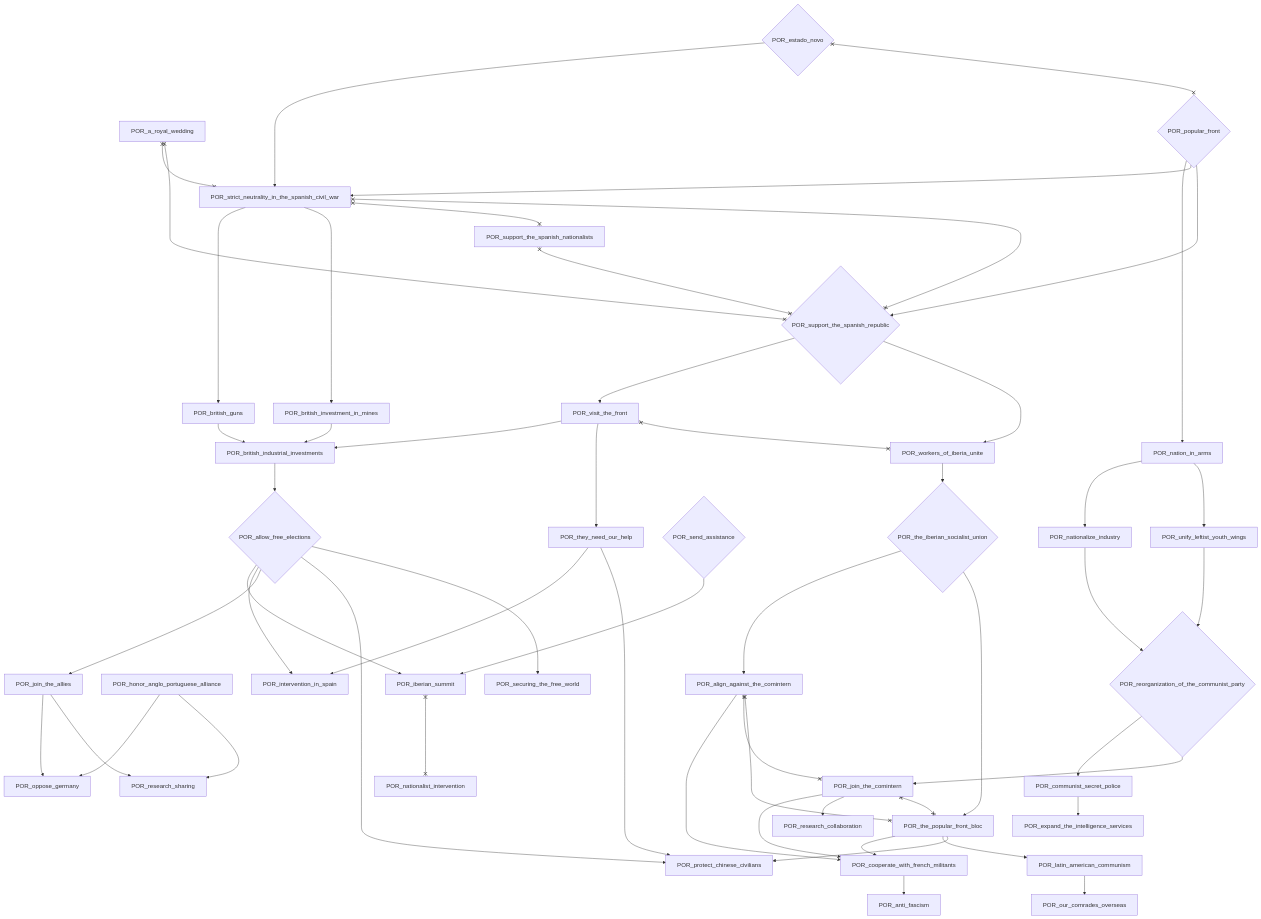
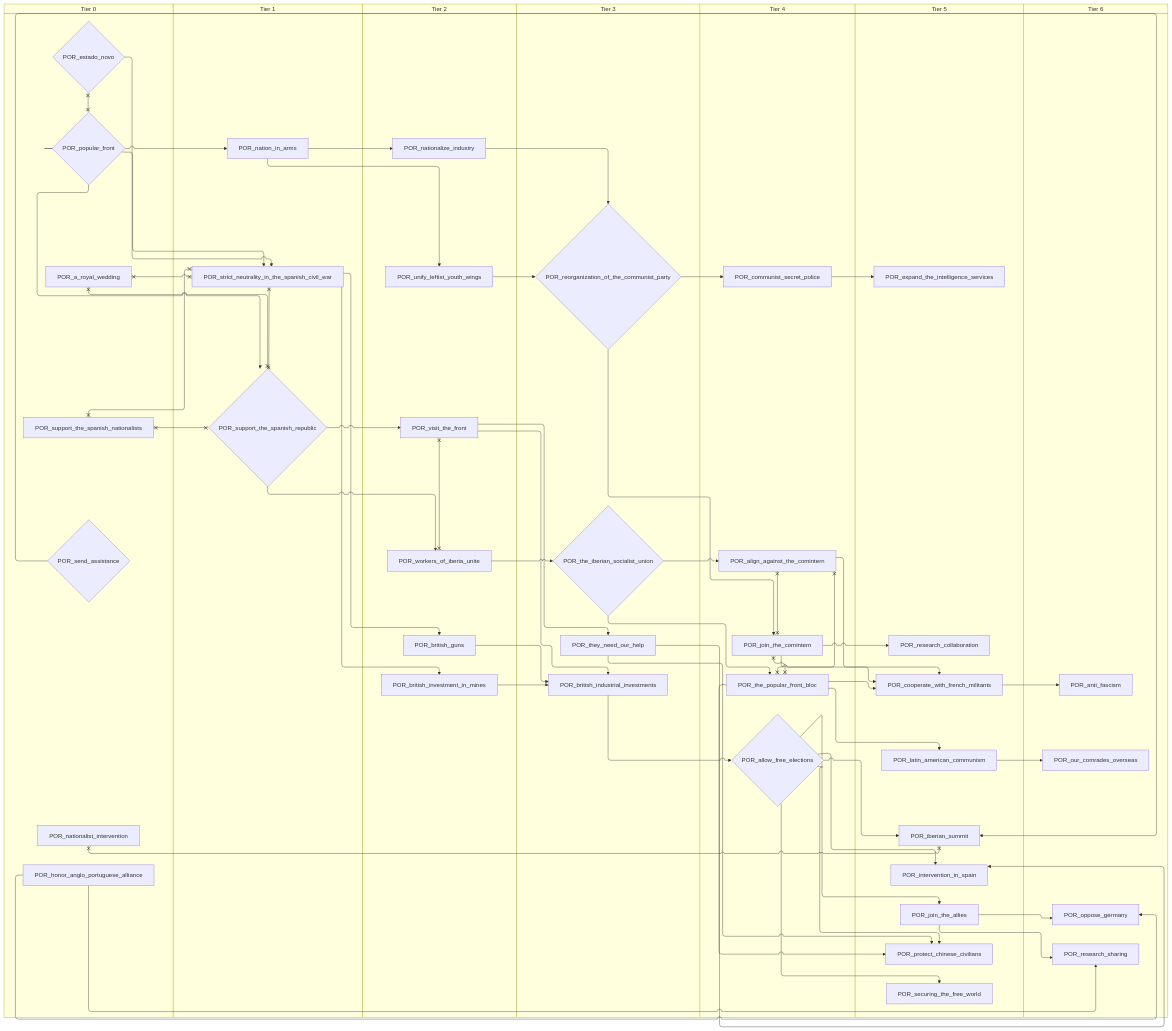
One commit to evgeny-sobol/hoi4-sandbox-mode-r56 changed the fifth of 6 diagrams in docs/gdd/National Focuses/r56/portugal.md. Above: the diagram before and after it, drawn with Mermaid. The commit also changed other lines of this file and 423 other files, not shown here.

First line of the commit message:
Re-export Rt56 focus trees as swimlane diagrams

````diff
--- a/docs/gdd/National Focuses/r56/portugal.md
+++ b/docs/gdd/National Focuses/r56/portugal.md
@@ -284,95 +338,109 @@
 ```mermaid
-flowchart TD
-    n46["POR_a_royal_wedding"]
-    n107["POR_align_against_the_comintern"]
-    n47{"POR_allow_free_elections"}
-    n108["POR_anti_fascism"]
-    n50["POR_british_guns"]
-    n51["POR_british_industrial_investments"]
-    n52["POR_british_investment_in_mines"]
-    n109["POR_communist_secret_police"]
-    n110["POR_cooperate_with_french_militants"]
-    n58{"POR_estado_novo"}
-    n111["POR_expand_the_intelligence_services"]
-    n60["POR_honor_anglo_portuguese_alliance"]
-    n61["POR_iberian_summit"]
-    n62["POR_intervention_in_spain"]
-    n64["POR_join_the_allies"]
-    n112["POR_join_the_comintern"]
-    n113["POR_latin_american_communism"]
-    n114["POR_nation_in_arms"]
-    n74["POR_nationalist_intervention"]
-    n115["POR_nationalize_industry"]
-    n76["POR_oppose_germany"]
-    n116["POR_our_comrades_overseas"]
-    n77{"POR_popular_front"}
-    n80["POR_protect_chinese_civilians"]
-    n117{"POR_reorganization_of_the_communist_party"}
-    n118["POR_research_collaboration"]
-    n87["POR_research_sharing"]
-    n89["POR_securing_the_free_world"]
-    n90{"POR_send_assistance"}
-    n92["POR_strict_neutrality_in_the_spanish_civil_war"]
-    n94["POR_support_the_spanish_nationalists"]
-    n95{"POR_support_the_spanish_republic"}
-    n119{"POR_the_iberian_socialist_union"}
-    n102["POR_the_popular_front_bloc"]
-    n105["POR_they_need_our_help"]
-    n120["POR_unify_leftist_youth_wings"]
-    n106["POR_visit_the_front"]
-    n121["POR_workers_of_iberia_unite"]
-    n119 --> n107
-    n51 --> n47
-    n110 --> n108
-    n92 --> n50
-    n52 --> n51
-    n50 --> n51
-    n106 --> n51
-    n92 --> n52
-    n117 --> n109
-    n112 --> n110
-    n102 --> n110
-    n107 --> n110
+swimlane-beta TD
+    subgraph tier_0["Tier 0"]
+        n52["POR_a_royal_wedding"]
+        n46{"POR_estado_novo"}
+        n89["POR_honor_anglo_portuguese_alliance"]
+        n84["POR_nationalist_intervention"]
+        n47{"POR_popular_front"}
+        n72{"POR_send_assistance"}
+        n54["POR_support_the_spanish_nationalists"]
+    end
+    subgraph tier_1["Tier 1"]
+        n107["POR_nation_in_arms"]
+        n53["POR_strict_neutrality_in_the_spanish_civil_war"]
+        n48{"POR_support_the_spanish_republic"}
+    end
+    subgraph tier_2["Tier 2"]
+        n55["POR_british_guns"]
+        n56["POR_british_investment_in_mines"]
+        n108["POR_nationalize_industry"]
+        n109["POR_unify_leftist_youth_wings"]
+        n51["POR_visit_the_front"]
+        n110["POR_workers_of_iberia_unite"]
+    end
+    subgraph tier_3["Tier 3"]
+        n59["POR_british_industrial_investments"]
+        n111{"POR_reorganization_of_the_communist_party"}
+        n112{"POR_the_iberian_socialist_union"}
+        n50["POR_they_need_our_help"]
+    end
+    subgraph tier_4["Tier 4"]
+        n113["POR_align_against_the_comintern"]
+        n66{"POR_allow_free_elections"}
+        n114["POR_communist_secret_police"]
+        n115["POR_join_the_comintern"]
+        n49["POR_the_popular_front_bloc"]
+    end
+    subgraph tier_5["Tier 5"]
+        n116["POR_cooperate_with_french_militants"]
+        n117["POR_expand_the_intelligence_services"]
+        n77["POR_iberian_summit"]
+        n78["POR_intervention_in_spain"]
+        n79["POR_join_the_allies"]
+        n118["POR_latin_american_communism"]
+        n85["POR_protect_chinese_civilians"]
+        n119["POR_research_collaboration"]
+        n87["POR_securing_the_free_world"]
+    end
+    subgraph tier_6["Tier 6"]
+        n120["POR_anti_fascism"]
+        n102["POR_oppose_germany"]
+        n121["POR_our_comrades_overseas"]
+        n104["POR_research_sharing"]
+    end
+    n112 --> n113
+    n59 --> n66
+    n116 --> n120
+    n53 --> n55
+    n56 --> n59
+    n55 --> n59
+    n51 --> n59
+    n53 --> n56
+    n111 --> n114
+    n115 --> n116
+    n49 --> n116
+    n113 --> n116
+    n114 --> n117
+    n66 --> n77
+    n72 --> n77
+    n50 --> n78
+    n66 --> n78
+    n66 --> n79
+    n111 --> n115
+    n49 --> n118
+    n47 --> n107
+    n107 --> n108
+    n79 --> n102
+    n89 --> n102
+    n118 --> n121
+    n50 --> n85
+    n66 --> n85
+    n49 --> n85
+    n108 --> n111
     n109 --> n111
-    n47 --> n61
-    n90 --> n61
-    n105 --> n62
-    n47 --> n62
-    n47 --> n64
-    n117 --> n112
-    n102 --> n113
-    n77 --> n114
-    n114 --> n115
-    n64 --> n76
-    n60 --> n76
-    n113 --> n116
-    n105 --> n80
-    n47 --> n80
-    n102 --> n80
-    n115 --> n117
-    n120 --> n117
-    n112 --> n118
-    n64 --> n87
-    n60 --> n87
-    n47 --> n89
-    n77 --> n92
-    n58 --> n92
-    n77 --> n95
-    n121 --> n119
-    n119 --> n102
-    n106 --> n105
-    n114 --> n120
-    n95 --> n106
-    n95 --> n121
-    n46 x--x n92
-    n46 x--x n95
-    n107 x--x n112
-    n107 x--x n102
-    n58 x--x n77
-    n61 x--x n74
-    n112 x--x n102
-    n92 x--x n94
-    n92 x--x n95
-    n94 x--x n95
-    n106 x--x n121
+    n115 --> n119
+    n79 --> n104
+    n89 --> n104
+    n66 --> n87
+    n47 --> n53
+    n46 --> n53
+    n47 --> n48
+    n110 --> n112
+    n112 --> n49
+    n51 --> n50
+    n107 --> n109
+    n48 --> n51
+    n48 --> n110
+    n52 x--x n53
+    n52 x--x n48
+    n113 x--x n115
+    n113 x--x n49
+    n46 x--x n47
+    n77 x--x n84
+    n115 x--x n49
+    n53 x--x n54
+    n53 x--x n48
+    n54 x--x n48
+    n51 x--x n110
 ```
````
